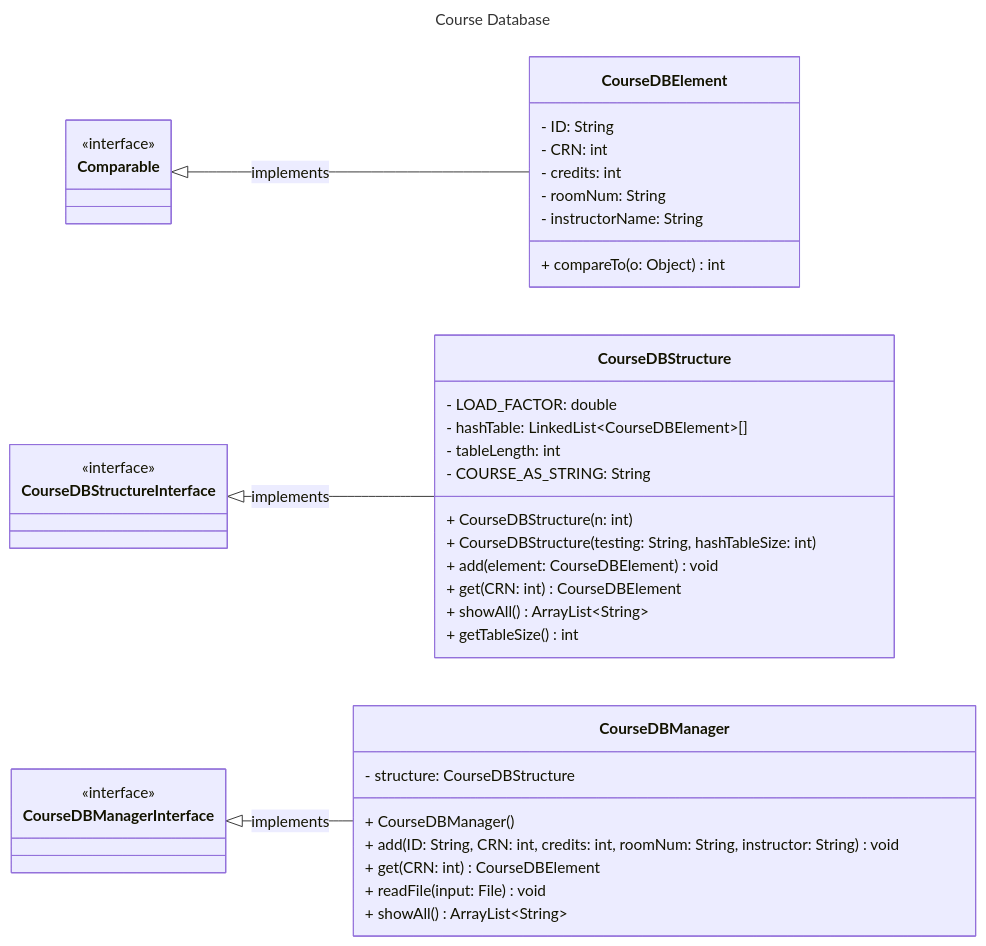
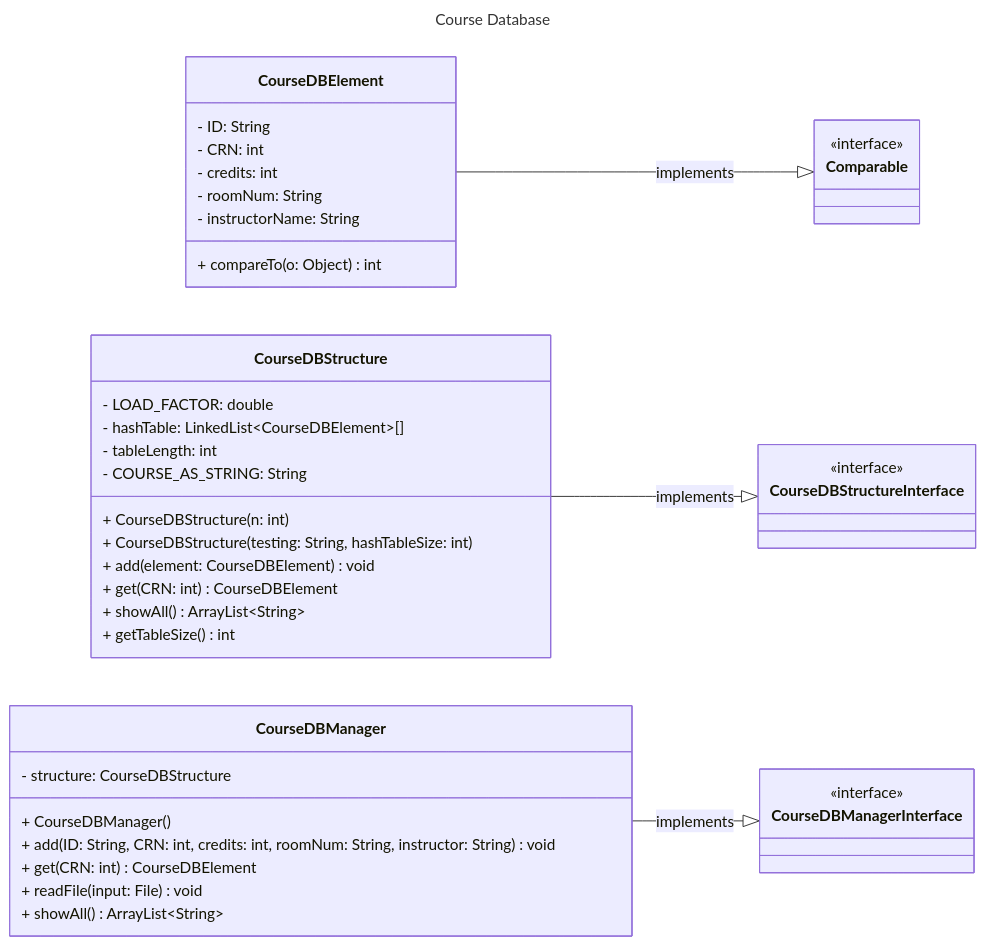
One commit to nick-nugat/nick-nugat.github.io changed the diagram in content/project-designs/cmsc204/NguyenNicholas_Assignment4_Design/assignment4-design-final.md. Above: the diagram before and after it, drawn with Mermaid. The commit also changed 4 other files, not shown here.

````diff
--- a/content/project-designs/cmsc204/NguyenNicholas_Assignment4_Design/assignment4-design-final.md
+++ b/content/project-designs/cmsc204/NguyenNicholas_Assignment4_Design/assignment4-design-final.md
@@ -28,48 +28,48 @@
 ```mermaid
 ---
 title: Course Database
 ---
 classDiagram
-	direction LR
+	direction RL
 
 	Comparable <|-- CourseDBElement: implements
 	CourseDBStructureInterface <|-- CourseDBStructure: implements
 	CourseDBManagerInterface <|-- CourseDBManager: implements
 
 	class Comparable{ <<interface>> }
 	class CourseDBElement { 
 	    - ID: String
 	    - CRN: int
 	    - credits: int
 	    - roomNum: String
 	    - instructorName: String
 		  
 	    + compareTo(o: Object) int
 	}
 	
 	class CourseDBStructureInterface{ <<interface>> }
 	class CourseDBStructure{
 		 - LOAD_FACTOR: double
 		 - hashTable: LinkedList~CourseDBElement~[]
 		 - tableLength: int
 		 - COURSE_AS_STRING: String
 		   
 		 + CourseDBStructure(n: int)
 		 + CourseDBStructure(testing: String, hashTableSize: int)
 		 + add(element: CourseDBElement) void
 		 + get(CRN: int) CourseDBElement
 		 + showAll() ArrayList~String~
 		 + getTableSize() int
 	 }
 
 	class CourseDBManagerInterface{ <<interface>> }
 	class CourseDBManager{
 		 - structure: CourseDBStructure
 		 
 		 + CourseDBManager()
 		 + add(ID: String, CRN: int, credits: int, roomNum: String, instructor: String) void
 		 + get(CRN: int) CourseDBElement
 		 + readFile(input: File) void
 		 + showAll() ArrayList~String~
 	 }
 ```
````
